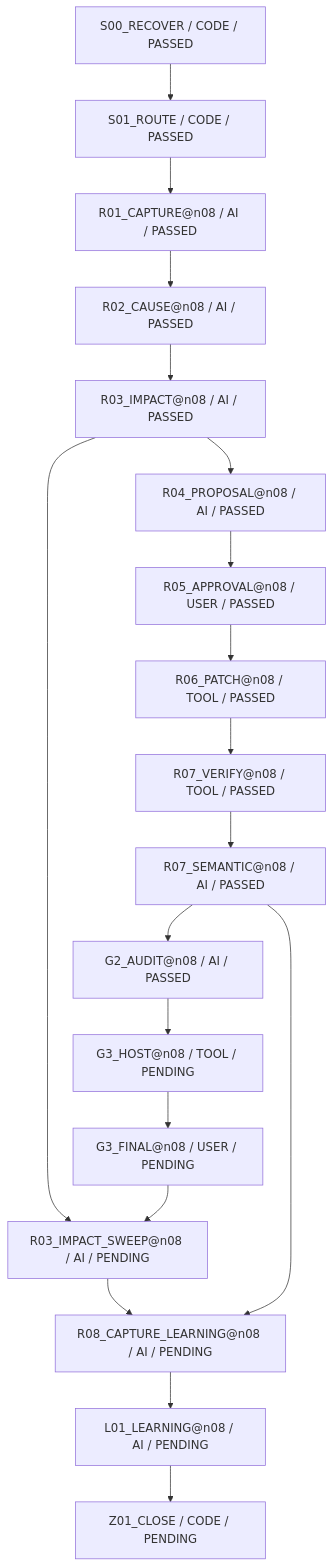
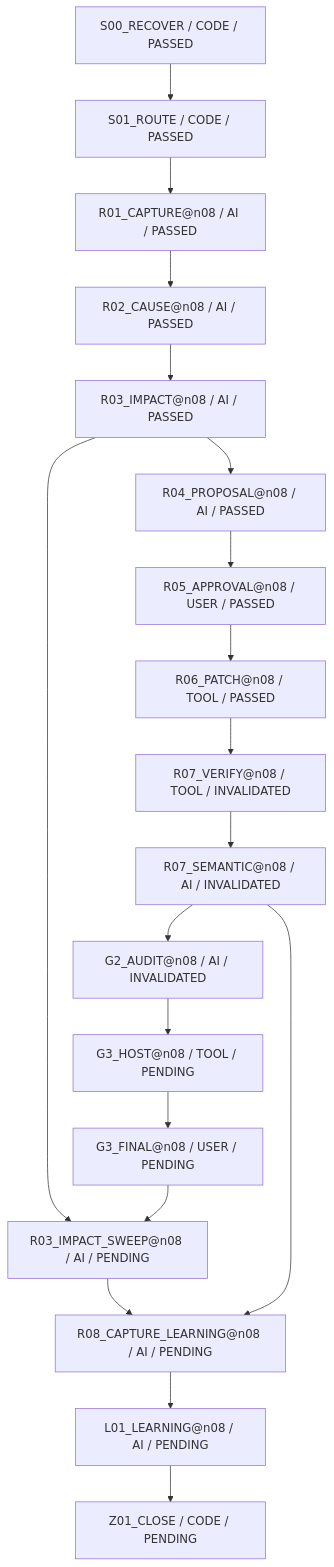
One commit to rrikunagasige-dot/kyotsu-step-web changed the diagram in work/items/W-MATH-033-n08-absolute-value/generated/BLOCK_FIRE_DIAGRAM.md. Above: the diagram before and after it, drawn with Mermaid. The commit also changed other lines of this file and 31 other files, not shown here.

````diff
--- a/work/items/W-MATH-033-n08-absolute-value/generated/BLOCK_FIRE_DIAGRAM.md
+++ b/work/items/W-MATH-033-n08-absolute-value/generated/BLOCK_FIRE_DIAGRAM.md
@@ -5,38 +5,38 @@
 ```mermaid
 flowchart TD
   N0["S00_RECOVER / CODE / PASSED"]
   N1["S01_ROUTE / CODE / PASSED"]
   N2["R01_CAPTURE@n08 / AI / PASSED"]
   N3["R02_CAUSE@n08 / AI / PASSED"]
   N4["R03_IMPACT@n08 / AI / PASSED"]
   N5["R04_PROPOSAL@n08 / AI / PASSED"]
   N6["R05_APPROVAL@n08 / USER / PASSED"]
   N7["R06_PATCH@n08 / TOOL / PASSED"]
-  N8["R07_VERIFY@n08 / TOOL / PASSED"]
-  N9["R07_SEMANTIC@n08 / AI / PASSED"]
-  N10["G2_AUDIT@n08 / AI / PASSED"]
+  N8["R07_VERIFY@n08 / TOOL / INVALIDATED"]
+  N9["R07_SEMANTIC@n08 / AI / INVALIDATED"]
+  N10["G2_AUDIT@n08 / AI / INVALIDATED"]
   N11["G3_HOST@n08 / TOOL / PENDING"]
   N12["G3_FINAL@n08 / USER / PENDING"]
   N13["R03_IMPACT_SWEEP@n08 / AI / PENDING"]
   N14["R08_CAPTURE_LEARNING@n08 / AI / PENDING"]
   N15["L01_LEARNING@n08 / AI / PENDING"]
   N16["Z01_CLOSE / CODE / PENDING"]
   N10 --> N11
   N12 --> N13
   N11 --> N12
   N15 --> N16
   N2 --> N3
   N3 --> N4
   N4 --> N13
   N4 --> N5
   N13 --> N14
   N5 --> N6
   N6 --> N7
   N7 --> N8
   N9 --> N10
   N9 --> N14
   N8 --> N9
   N14 --> N15
   N0 --> N1
   N1 --> N2
 ```
````
